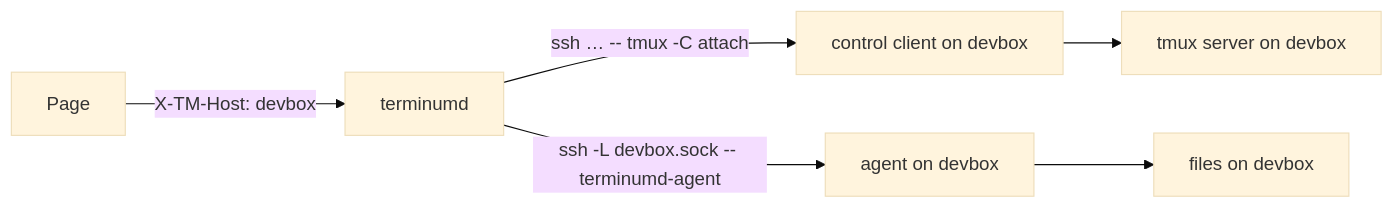
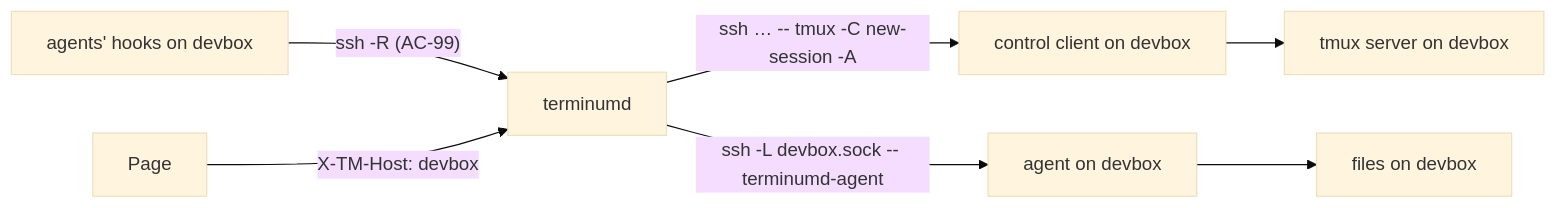
One commit to Mystic-Mirage/terminum changed the first of 2 diagrams in docs/specs/terminum-remote.md. Above: the diagram before and after it, drawn with Mermaid (base theme). The commit also changed other lines of this file and 35 other files, not shown here.

````diff
--- a/docs/specs/terminum-remote.md
+++ b/docs/specs/terminum-remote.md
@@ -343,8 +334,9 @@
 ```mermaid
 flowchart LR
-  D["terminumd"] -- "ssh … -- tmux -C attach" --> C["control client on devbox"]
+  D["terminumd"] -- "ssh … -- tmux -C new-session -A" --> C["control client on devbox"]
   C --> S["tmux server on devbox"]
   D -- "ssh -L devbox.sock -- terminumd-agent" --> A["agent on devbox"]
   A --> F["files on devbox"]
+  H["agents' hooks on devbox"] -- "ssh -R (AC-99)" --> D
   P["Page"] -- "X-TM-Host: devbox" --> D
 ```
````
